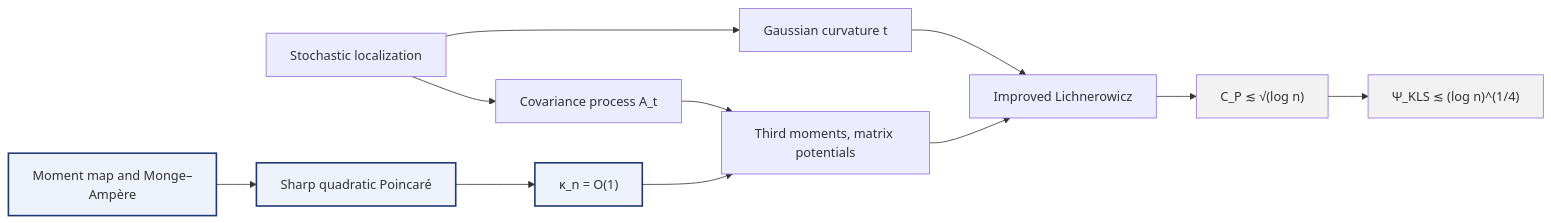
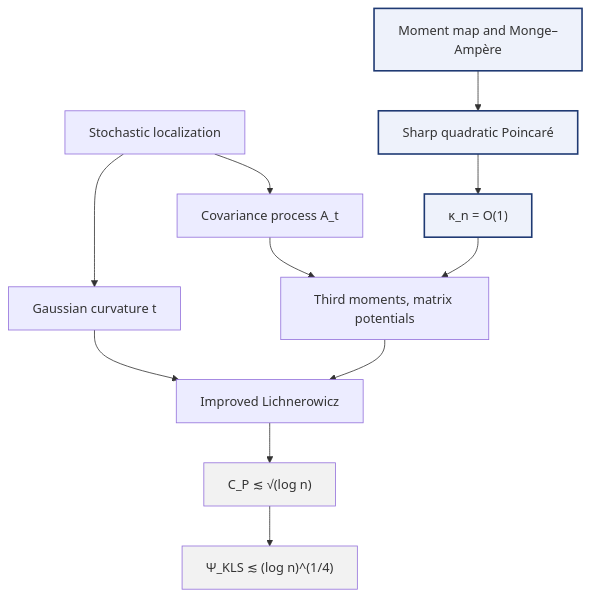
The diagram in modules/00-overview.md (human-ai-mathematics/kls-conjecture-search), drawn with Mermaid before and after one commit. The commit also changed other lines of this file, not shown here.

Commit message:
Overview: draw the architecture diagram top to bottom, at page width

````diff
--- a/modules/00-overview.md
+++ b/modules/00-overview.md
@@ -210,15 +211,15 @@
 ```{mermaid}
-flowchart LR
+flowchart TB
   sl["Stochastic localization"] --> curv["Gaussian curvature t"]
   sl --> cov["Covariance process A_t"]
   cov --> pot["Third moments, matrix potentials"]
   mm["Moment map and Monge–Ampère"]:::new --> qp["Sharp quadratic Poincaré"]:::new
   qp --> kap["κ_n = O(1)"]:::new
   kap --> pot
   curv --> il["Improved Lichnerowicz"]
   pot --> il
   il --> cp["C_P ≲ √(log n)"]:::res
   cp --> psi["Ψ_KLS ≲ (log n)^(1/4)"]:::res
   classDef new fill:#eef2fb,stroke:#1f3a73,stroke-width:2px
   classDef res fill:#f2f2f2
 ```
````
